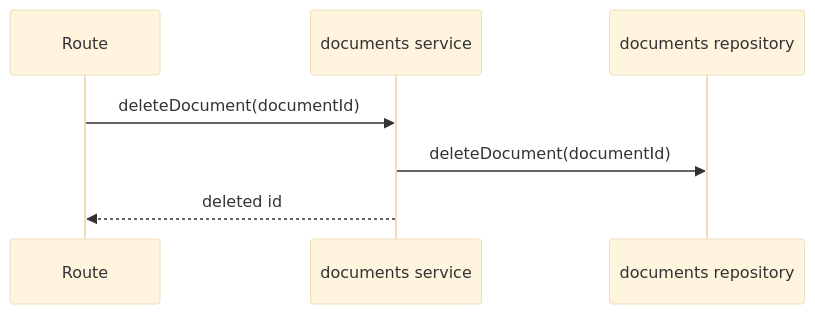
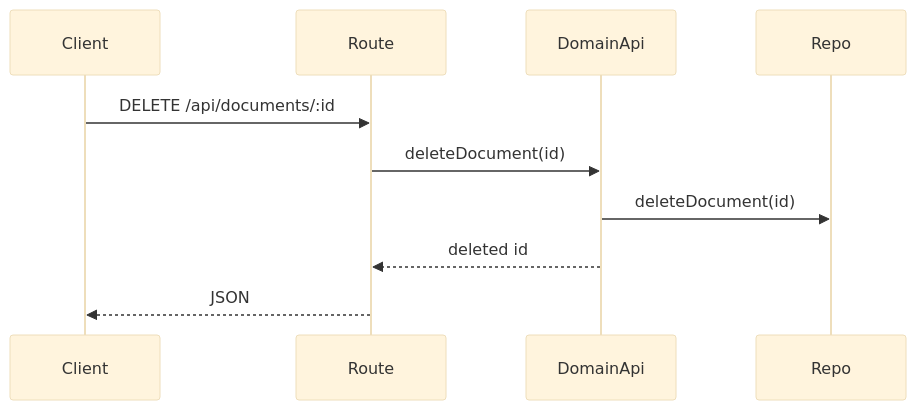
The seventh of 7 diagrams in src/backend/domains/documents/README.md (TurtleStoffel/tektite-console), drawn with Mermaid (base theme) before and after one commit. The commit also changed other lines of this file and 30 other files, not shown here.

Commit message:
split domainApi from service

````diff
--- a/src/backend/domains/documents/README.md
+++ b/src/backend/domains/documents/README.md
@@ -84,9 +96,12 @@
 ```mermaid
 sequenceDiagram
+    participant Client
     participant Route
-    participant Service as documents service
-    participant Repo as documents repository
-    Route->>Service: deleteDocument(documentId)
-    Service->>Repo: deleteDocument(documentId)
-    Service-->>Route: deleted id
+    participant DomainApi
+    participant Repo
+    Client->>Route: DELETE /api/documents/:id
+    Route->>DomainApi: deleteDocument(id)
+    DomainApi->>Repo: deleteDocument(id)
+    DomainApi-->>Route: deleted id
+    Route-->>Client: JSON
 ```
````
